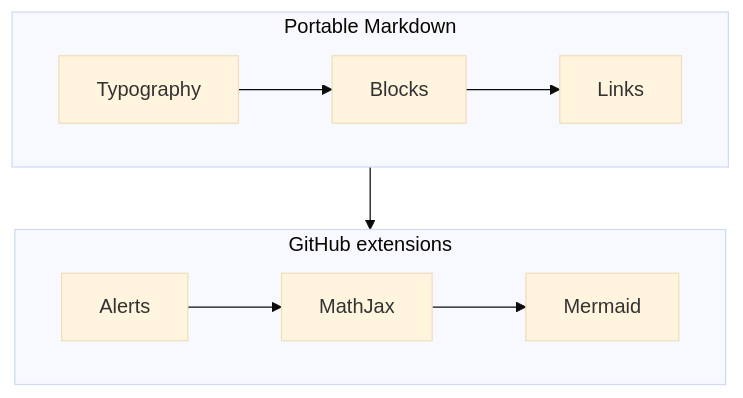
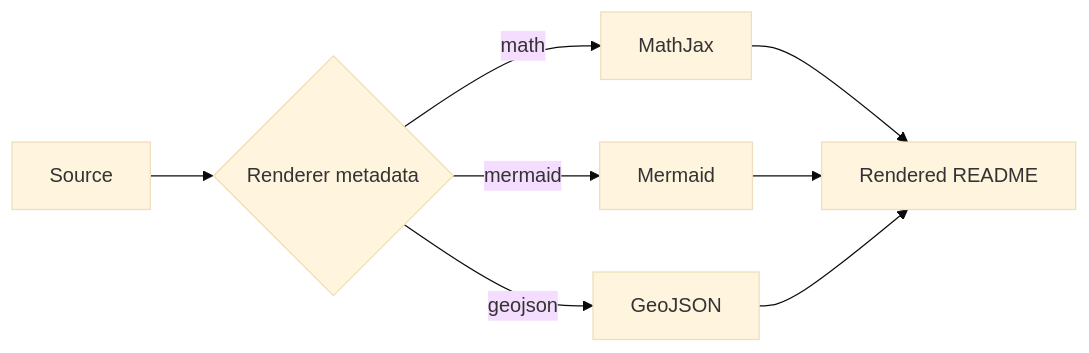
One commit to thiepn/markdown changed the second of 16 diagrams in README.md. Above: the diagram before and after it, drawn with Mermaid (base theme). The commit also changed other lines of this file, not shown here.

Commit message:
M10: build interactive GeoJSON showcase

````diff
--- a/README.md
+++ b/README.md
@@ -856,12 +755,10 @@
 ```mermaid
-flowchart TB
-    subgraph Core[Portable Markdown]
-        A[Typography] --> B[Blocks]
-        B --> C[Links]
-    end
-    subgraph Extensions[GitHub extensions]
-        D[Alerts] --> E[MathJax]
-        E --> F[Mermaid]
-    end
-    Core --> Extensions
+flowchart LR
+    SRC[Source] --> TYPE{Renderer metadata}
+    TYPE -- math --> MJ[MathJax]
+    TYPE -- mermaid --> MM[Mermaid]
+    TYPE -- geojson --> GEO[GeoJSON]
+    MJ --> OUT[Rendered README]
+    MM --> OUT
+    GEO --> OUT
 ```
````
